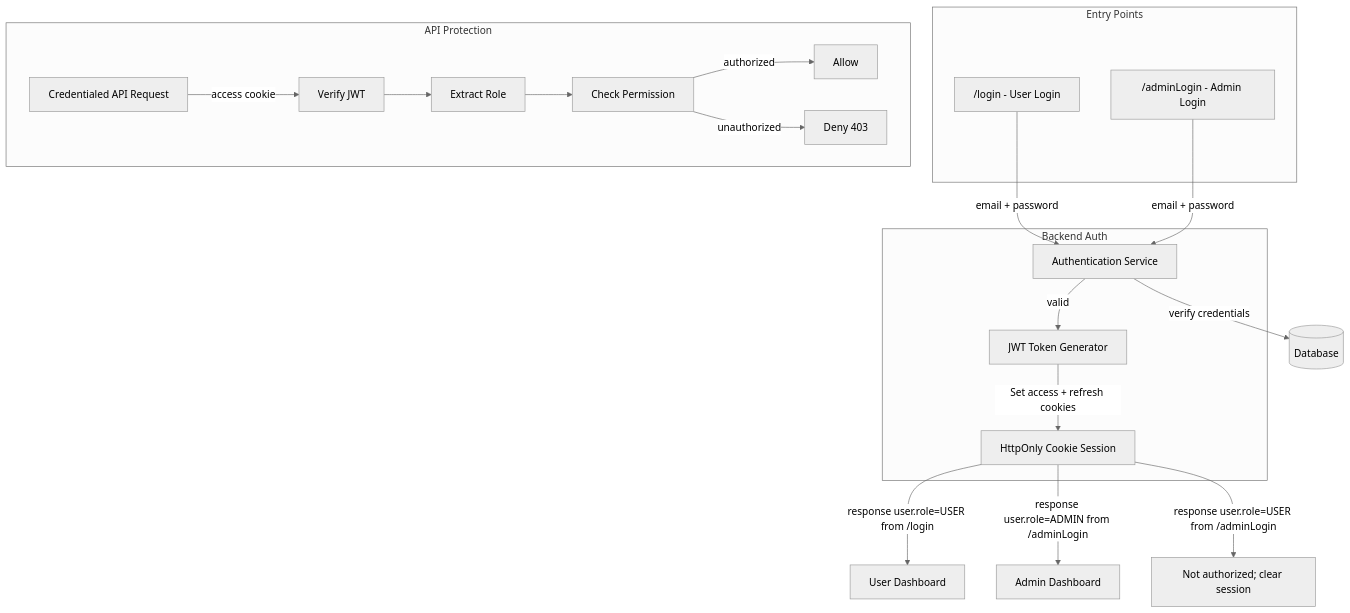
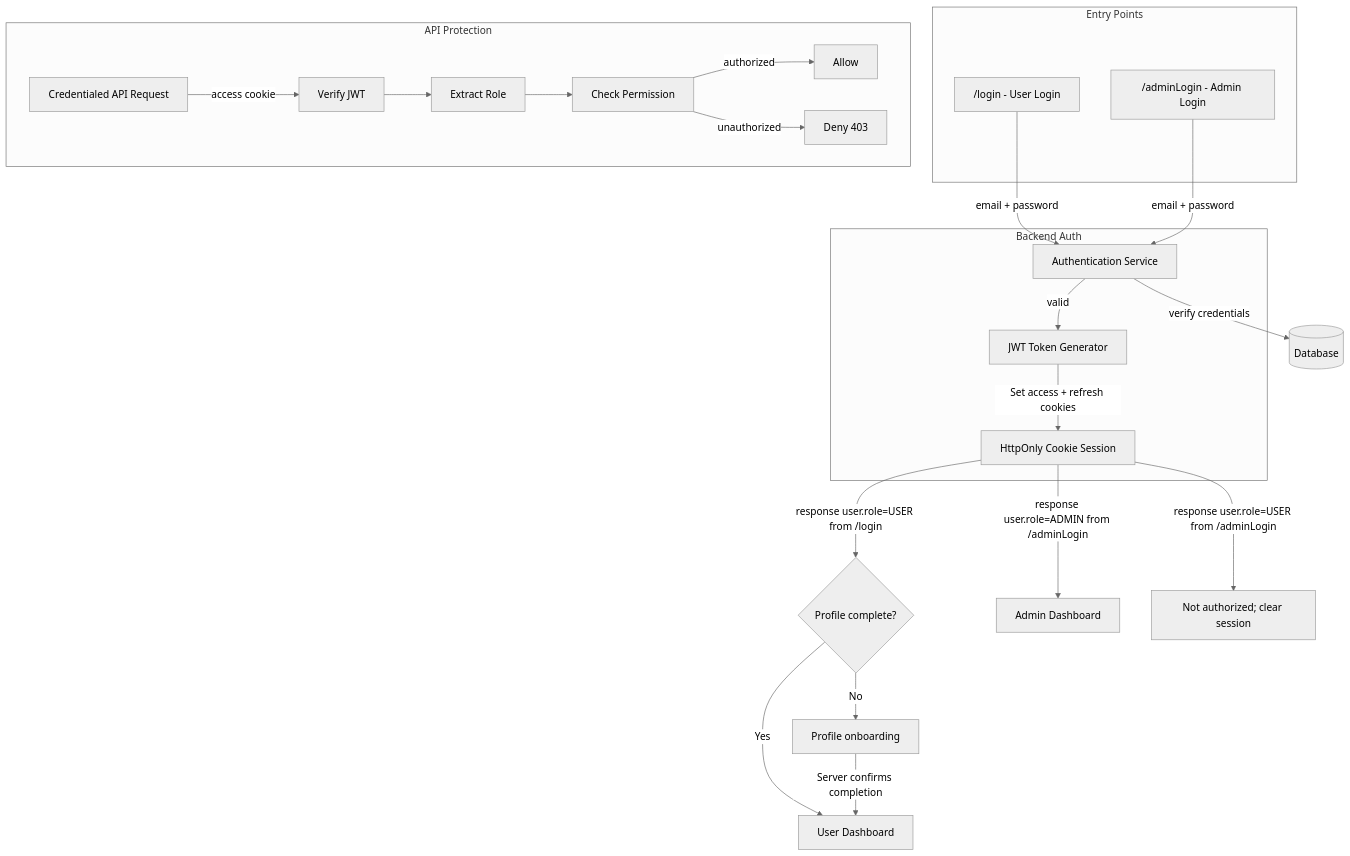
Before and after one commit to dat1507/buddyWebVer2: the fourth of 11 diagrams in implementation_plan_vgu_buddy.md, drawn with Mermaid (neutral theme). The commit also changed other lines of this file and 38 other files, not shown here.

````diff
--- a/implementation_plan_vgu_buddy.md
+++ b/implementation_plan_vgu_buddy.md
@@ -257,36 +274,39 @@
 ```mermaid
 graph TB
     subgraph "Entry Points"
         UL["/login - User Login"]
         AL["/adminLogin - Admin Login"]
     end
 
     subgraph "Backend Auth"
         AUTH[Authentication Service]
         JWT_GEN[JWT Token Generator]
         SESSION[HttpOnly Cookie Session]
     end
 
     UL -->|email + password| AUTH
     AL -->|email + password| AUTH
     AUTH -->|verify credentials| DB[(Database)]
     AUTH -->|valid| JWT_GEN
     JWT_GEN -->|Set access + refresh cookies| SESSION
 
-    SESSION -->|response user.role=USER from /login| U_DASH[User Dashboard]
+    SESSION -->|response user.role=USER from /login| READY{Profile complete?}
+    READY -->|No| ONBOARD[Profile onboarding]
+    READY -->|Yes| U_DASH[User Dashboard]
+    ONBOARD -->|Server confirms completion| U_DASH
     SESSION -->|response user.role=ADMIN from /adminLogin| A_DASH[Admin Dashboard]
     SESSION -->|response user.role=USER from /adminLogin| REJECT[Not authorized; clear session]
 
     subgraph "API Protection"
         API_REQ[Credentialed API Request]
         VERIFY[Verify JWT]
         EXTRACT[Extract Role]
         PERM[Check Permission]
         ALLOW[Allow]
         DENY[Deny 403]
     end
 
     API_REQ -->|access cookie| VERIFY --> EXTRACT --> PERM
     PERM -->|authorized| ALLOW
     PERM -->|unauthorized| DENY
 ```
````
